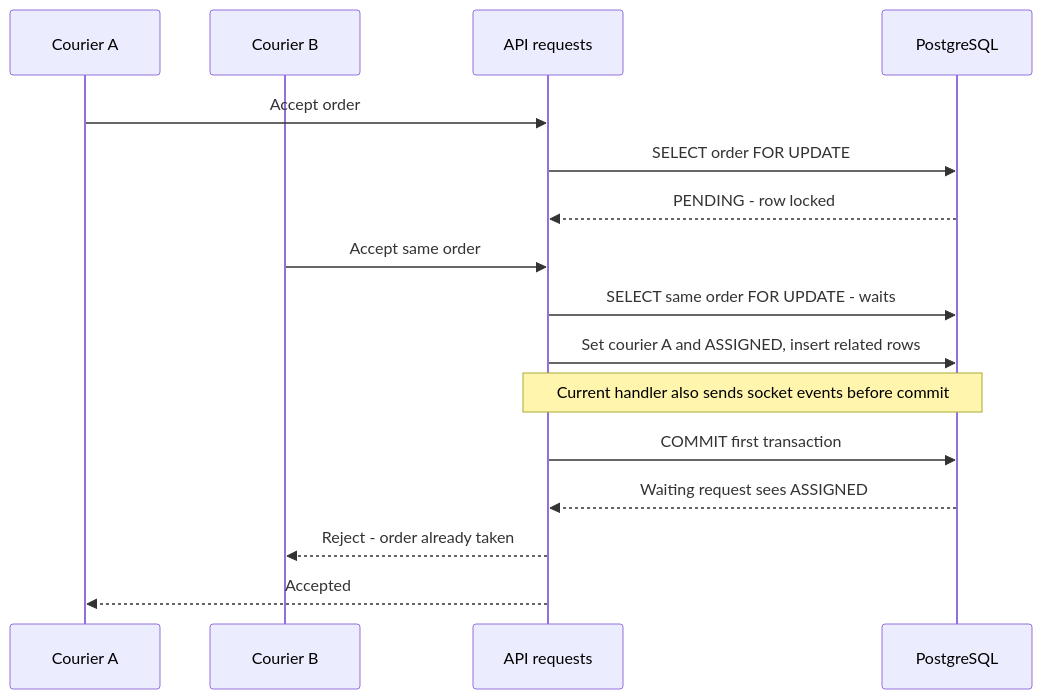
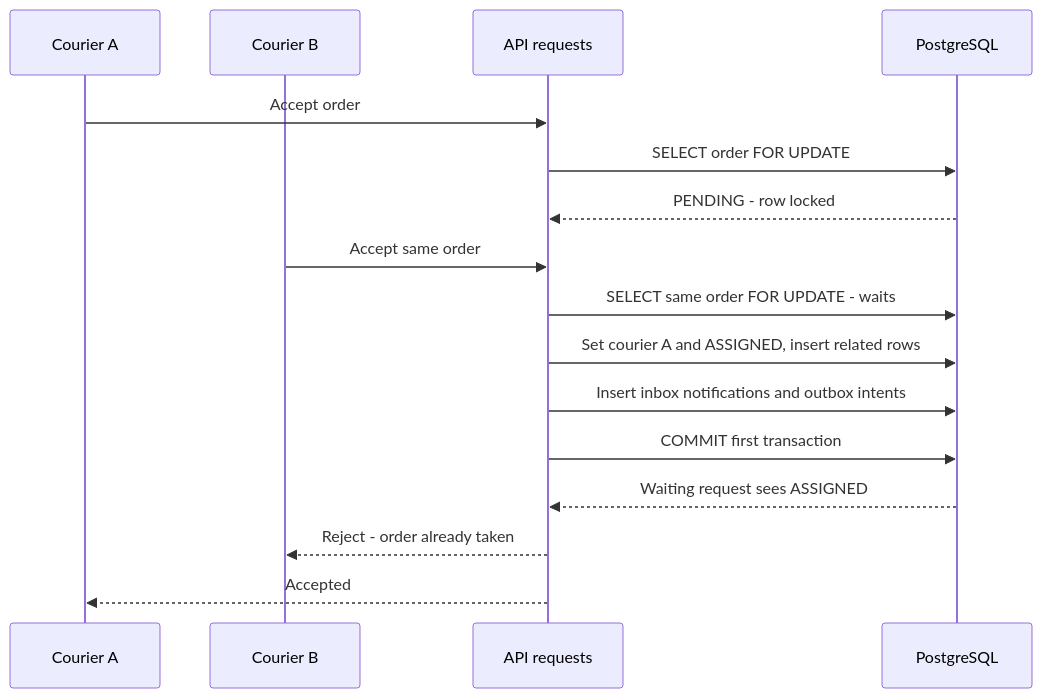
One commit to br1maks/EcoHaul changed the fourth of 4 diagrams in docs/architecture.md. Above: the diagram before and after it, drawn with Mermaid. The commit also changed other lines of this file and 44 other files, not shown here.

Commit message:
fix: commit notification intents with domain changes

````diff
--- a/docs/architecture.md
+++ b/docs/architecture.md
@@ -130,18 +130,18 @@
 ```mermaid
 sequenceDiagram
     participant A as Courier A
     participant B as Courier B
     participant API as API requests
     participant DB as PostgreSQL
     A->>API: Accept order
     API->>DB: SELECT order FOR UPDATE
     DB-->>API: PENDING - row locked
     B->>API: Accept same order
     API->>DB: SELECT same order FOR UPDATE - waits
     API->>DB: Set courier A and ASSIGNED, insert related rows
-    Note over API,DB: Current handler also sends socket events before commit
+    API->>DB: Insert inbox notifications and outbox intents
     API->>DB: COMMIT first transaction
     DB-->>API: Waiting request sees ASSIGNED
     API-->>B: Reject - order already taken
     API-->>A: Accepted
 ```
````
